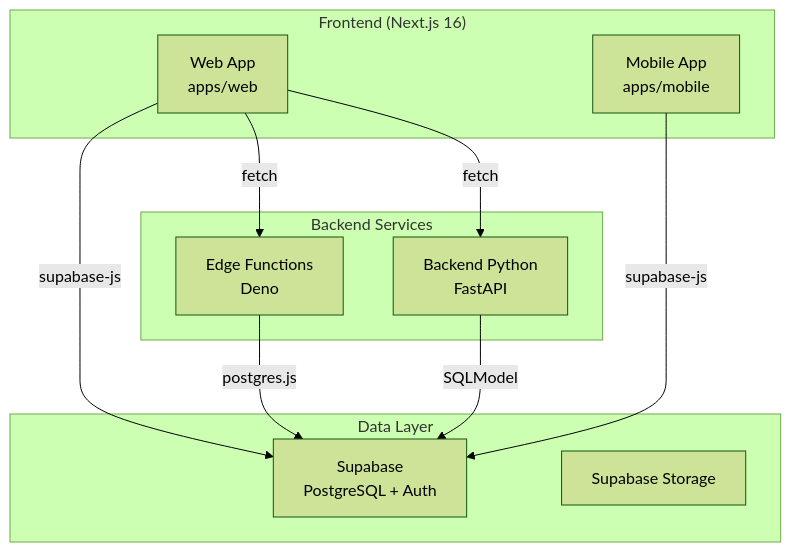
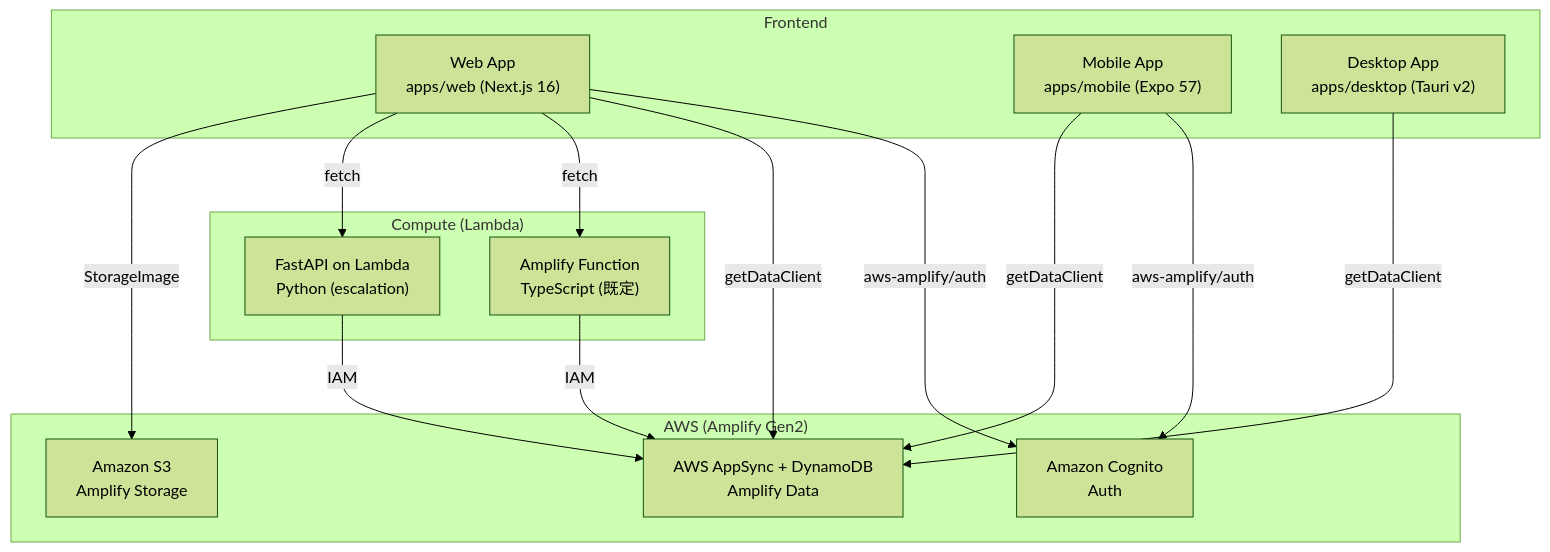
One commit to TItabashBoilerplates/amplify-boilerplate changed the first of 2 diagrams in .claude/skills/detailed-design/references/architecture-template.md. Above: the diagram before and after it, drawn with Mermaid (forest theme). The commit also changed other lines of this file and 12 other files, not shown here.

````diff
--- a/.claude/skills/detailed-design/references/architecture-template.md
+++ b/.claude/skills/detailed-design/references/architecture-template.md
@@ -18,24 +18,30 @@
 ```mermaid
 graph TB
-    subgraph Frontend["Frontend (Next.js 16)"]
-        Web["Web App<br/>apps/web"]
-        Mobile["Mobile App<br/>apps/mobile"]
+    subgraph Frontend["Frontend"]
+        Web["Web App<br/>apps/web (Next.js 16)"]
+        Mobile["Mobile App<br/>apps/mobile (Expo 57)"]
+        Desktop["Desktop App<br/>apps/desktop (Tauri v2)"]
     end
 
-    subgraph Backend["Backend Services"]
-        EdgeFn["Edge Functions<br/>Deno"]
-        BackendPy["Backend Python<br/>FastAPI"]
+    subgraph Compute["Compute (Lambda)"]
+        TsFn["Amplify Function<br/>TypeScript (既定)"]
+        BackendPy["FastAPI on Lambda<br/>Python (escalation)"]
     end
 
-    subgraph Data["Data Layer"]
-        Supabase["Supabase<br/>PostgreSQL + Auth"]
-        Storage["Supabase Storage"]
+    subgraph AWS["AWS (Amplify Gen2)"]
+        Cognito["Amazon Cognito<br/>Auth"]
+        AppSync["AWS AppSync + DynamoDB<br/>Amplify Data"]
+        S3["Amazon S3<br/>Amplify Storage"]
     end
 
-    Web -->|supabase-js| Supabase
-    Mobile -->|supabase-js| Supabase
-    Web -->|fetch| EdgeFn
+    Web -->|aws-amplify/auth| Cognito
+    Mobile -->|aws-amplify/auth| Cognito
+    Web -->|getDataClient| AppSync
+    Mobile -->|getDataClient| AppSync
+    Desktop -->|getDataClient| AppSync
+    Web -->|fetch| TsFn
     Web -->|fetch| BackendPy
-    EdgeFn -->|postgres.js| Supabase
-    BackendPy -->|SQLModel| Supabase
+    TsFn -->|IAM| AppSync
+    BackendPy -->|IAM| AppSync
+    Web -->|StorageImage| S3
 ```
````
